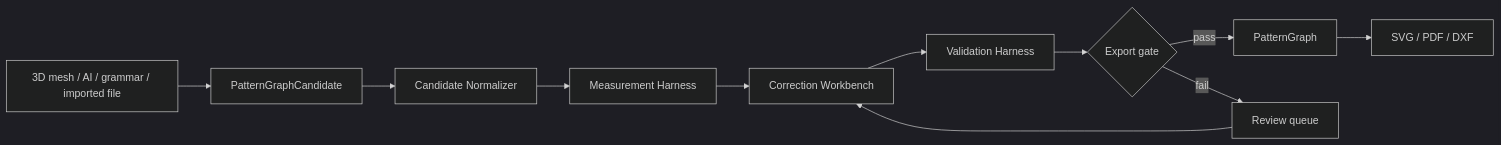
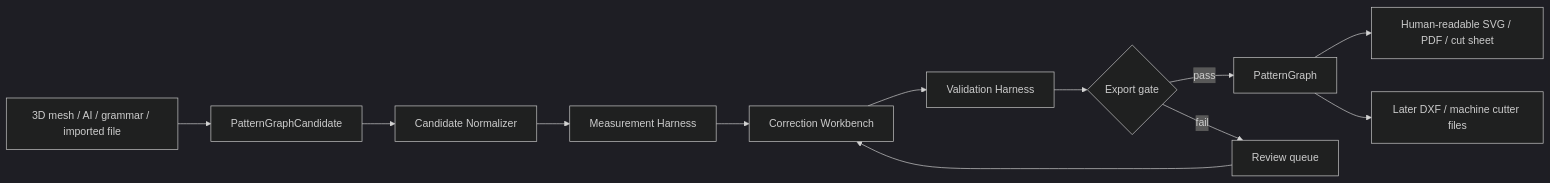
The diagram in docs/project/CANDIDATE-TO-EXPORT-INTEROP.md (theysayheygreg/garment-pattern-lab), drawn with Mermaid (dark theme) before and after one commit. The commit also changed other lines of this file and 9 other files, not shown here.

Commit message:
Split human and machine output lanes

````diff
--- a/docs/project/CANDIDATE-TO-EXPORT-INTEROP.md
+++ b/docs/project/CANDIDATE-TO-EXPORT-INTEROP.md
@@ -27,13 +31,14 @@
 ```mermaid
 flowchart LR
   A["3D mesh / AI / grammar / imported file"] --> B["PatternGraphCandidate"]
   B --> C["Candidate Normalizer"]
   C --> D["Measurement Harness"]
   D --> E["Correction Workbench"]
   E --> F["Validation Harness"]
   F --> G{"Export gate"}
   G -->|"pass"| H["PatternGraph"]
-  H --> I["SVG / PDF / DXF"]
+  H --> I["Human-readable SVG / PDF / cut sheet"]
+  H --> K["Later DXF / machine cutter files"]
   G -->|"fail"| J["Review queue"]
   J --> E
 ```
````
